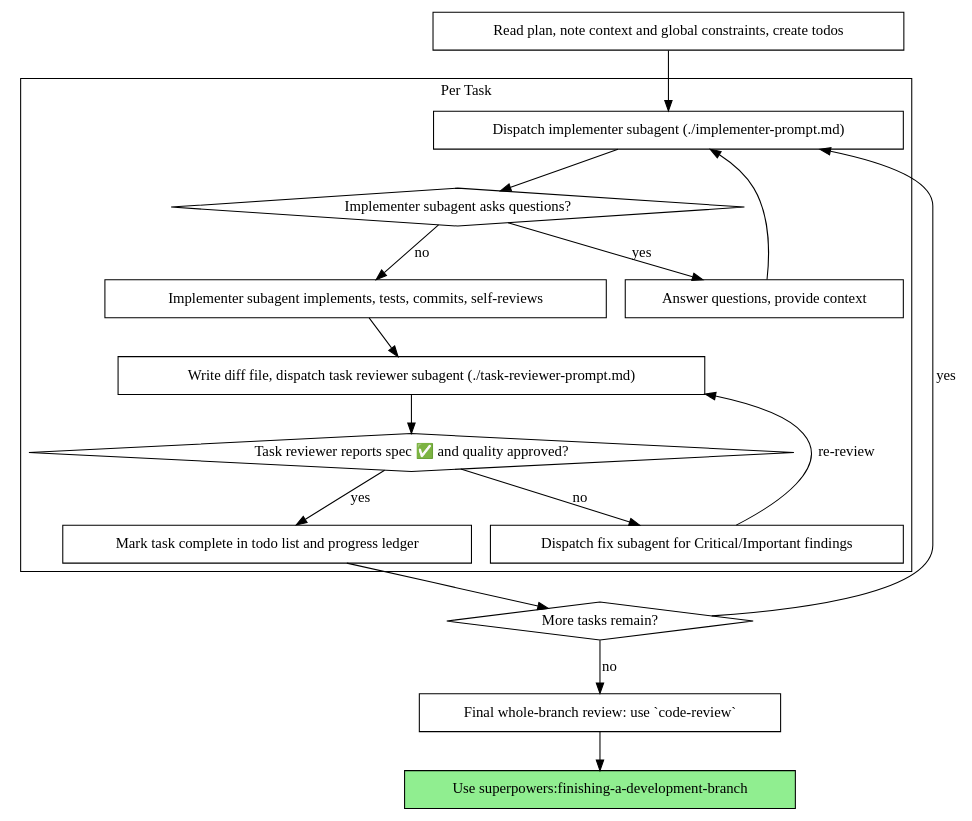
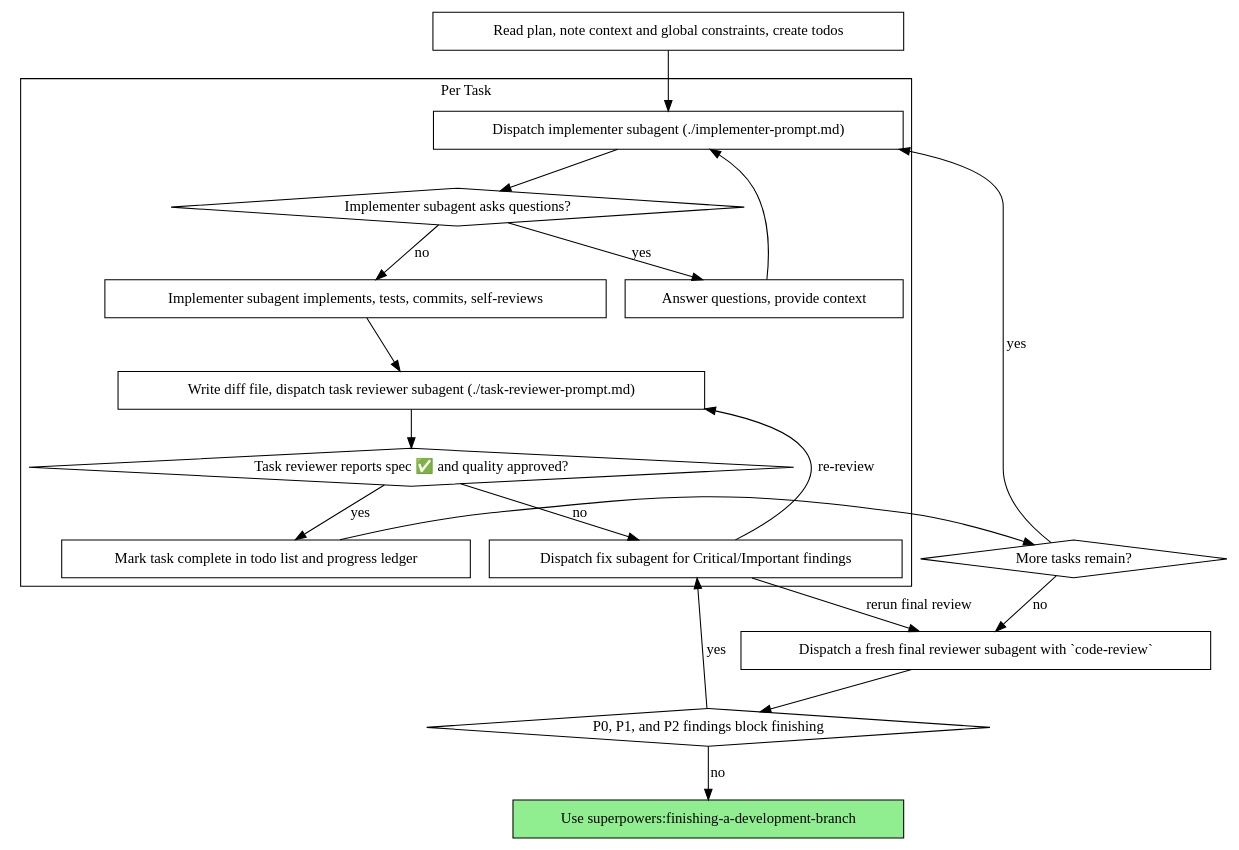
Before and after one commit to heyi-co/superpowers: the second of 2 diagrams in skills/subagent-driven-development/SKILL.md, drawn with Graphviz. The commit also changed other lines of this file and 2 other files, not shown here.

Commit message:
Tighten max review integration docs

````diff
--- a/skills/subagent-driven-development/SKILL.md
+++ b/skills/subagent-driven-development/SKILL.md
@@ -47,37 +47,41 @@
 ```dot
 digraph process {
     rankdir=TB;
 
     subgraph cluster_per_task {
         label="Per Task";
         "Dispatch implementer subagent (./implementer-prompt.md)" [shape=box];
         "Implementer subagent asks questions?" [shape=diamond];
         "Answer questions, provide context" [shape=box];
         "Implementer subagent implements, tests, commits, self-reviews" [shape=box];
         "Write diff file, dispatch task reviewer subagent (./task-reviewer-prompt.md)" [shape=box];
         "Task reviewer reports spec ✅ and quality approved?" [shape=diamond];
         "Dispatch fix subagent for Critical/Important findings" [shape=box];
         "Mark task complete in todo list and progress ledger" [shape=box];
     }
 
     "Read plan, note context and global constraints, create todos" [shape=box];
     "More tasks remain?" [shape=diamond];
-    "Final whole-branch review: use `code-review`" [shape=box];
+    "Dispatch a fresh final reviewer subagent with `code-review`" [shape=box];
+    "P0, P1, and P2 findings block finishing" [shape=diamond];
     "Use superpowers:finishing-a-development-branch" [shape=box style=filled fillcolor=lightgreen];
 
     "Read plan, note context and global constraints, create todos" -> "Dispatch implementer subagent (./implementer-prompt.md)";
     "Dispatch implementer subagent (./implementer-prompt.md)" -> "Implementer subagent asks questions?";
     "Implementer subagent asks questions?" -> "Answer questions, provide context" [label="yes"];
     "Answer questions, provide context" -> "Dispatch implementer subagent (./implementer-prompt.md)";
     "Implementer subagent asks questions?" -> "Implementer subagent implements, tests, commits, self-reviews" [label="no"];
     "Implementer subagent implements, tests, commits, self-reviews" -> "Write diff file, dispatch task reviewer subagent (./task-reviewer-prompt.md)";
     "Write diff file, dispatch task reviewer subagent (./task-reviewer-prompt.md)" -> "Task reviewer reports spec ✅ and quality approved?";
     "Task reviewer reports spec ✅ and quality approved?" -> "Dispatch fix subagent for Critical/Important findings" [label="no"];
     "Dispatch fix subagent for Critical/Important findings" -> "Write diff file, dispatch task reviewer subagent (./task-reviewer-prompt.md)" [label="re-review"];
     "Task reviewer reports spec ✅ and quality approved?" -> "Mark task complete in todo list and progress ledger" [label="yes"];
     "Mark task complete in todo list and progress ledger" -> "More tasks remain?";
     "More tasks remain?" -> "Dispatch implementer subagent (./implementer-prompt.md)" [label="yes"];
-    "More tasks remain?" -> "Final whole-branch review: use `code-review`" [label="no"];
-    "Final whole-branch review: use `code-review`" -> "Use superpowers:finishing-a-development-branch";
+    "More tasks remain?" -> "Dispatch a fresh final reviewer subagent with `code-review`" [label="no"];
+    "Dispatch a fresh final reviewer subagent with `code-review`" -> "P0, P1, and P2 findings block finishing";
+    "P0, P1, and P2 findings block finishing" -> "Dispatch fix subagent for Critical/Important findings" [label="yes"];
+    "Dispatch fix subagent for Critical/Important findings" -> "Dispatch a fresh final reviewer subagent with `code-review`" [label="rerun final review"];
+    "P0, P1, and P2 findings block finishing" -> "Use superpowers:finishing-a-development-branch" [label="no"];
 }
 ```
````
